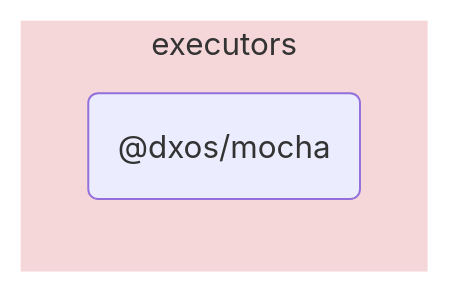
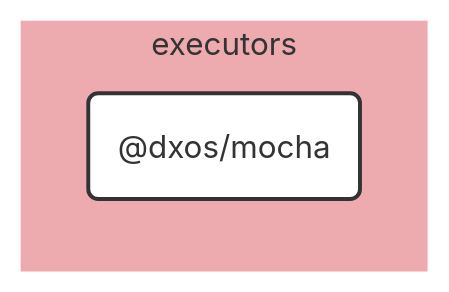
Before and after one commit to dxos/dxos: the diagram in tools/executors/mocha/docs/README.md, drawn with Mermaid. The commit also changed other lines of this file and 109 other files, not shown here.

````diff
--- a/tools/executors/mocha/docs/README.md
+++ b/tools/executors/mocha/docs/README.md
@@ -5,9 +7,25 @@
 ```mermaid
-flowchart LR;
+%%{ init: {'flowchart':{'curve':'basis'}} }%%
 
+flowchart LR
+
+%% Links
+
+%% Sections
 subgraph executors
-  style executors fill:#f5d6d9,stroke:#fff;
-  dxos/mocha("@dxos/mocha");
+  style executors fill:#edabb0,stroke:#fff;
+
+  dxos/mocha("@dxos/mocha")
 end
 
+
+%% Hyperlinks
+
+%% Styles
+classDef rootNode fill:#fff,stroke:#333,stroke-width:2px
+classDef defaultNode fill:#fff,stroke:#333,stroke-width:1px
+linkStyle default stroke:#333,stroke-width:1px
+
+dxos/mocha:::rootNode
+
 ```
````
